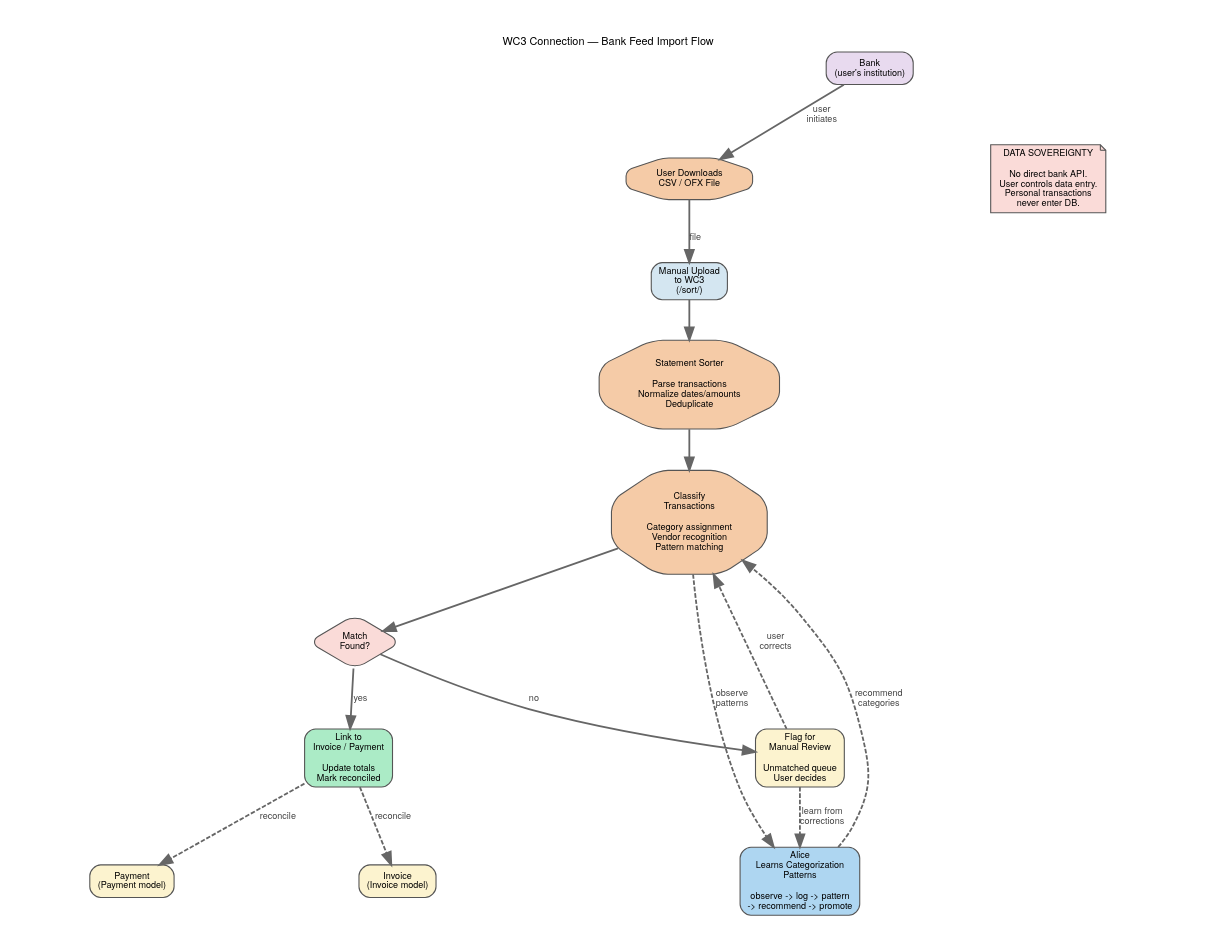
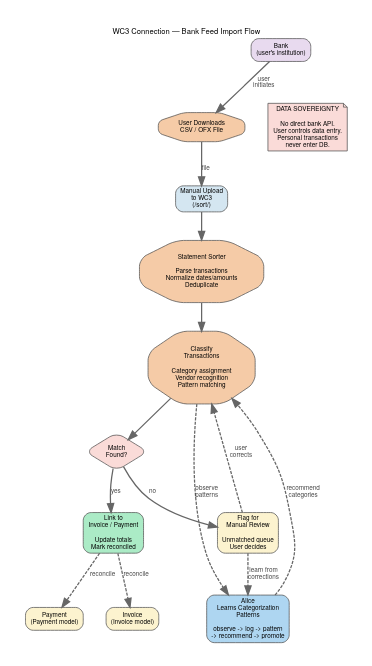
Before and after one commit to JPods/allie-core: the diagram in readmes/flowcharts/wc3-conn-banking.enriched.dot, drawn with Graphviz. The commit also changed 322 other files, not shown here.

```diff
--- a/readmes/flowcharts/wc3-conn-banking.enriched.dot
+++ b/readmes/flowcharts/wc3-conn-banking.enriched.dot
@@ -1,102 +1,105 @@
 // WC3 Connection: Bank Feed Import — statement sorting and transaction matching
 // Render: dot -Tpdf wc3-conn-banking.dot -o wc3-conn-banking.pdf
 
 // CodeMap revision: 1 — 2026-08-11
 
 digraph wc3_conn_banking {
+    size="7.5,10.0"
+    ratio="compress"
+
+
+
     // ── CodeMap Standard Style ──
     fontname="Helvetica Neue,Helvetica,Arial,sans-serif"
     fontsize=12
     bgcolor="white"
     pad=0.4
     nodesep=0.5
     ranksep=0.6
     splines=true
-    ratio=0.75
 
     node [
         fontname="Helvetica Neue,Helvetica,Arial,sans-serif"
         fontsize=10
         style="filled,rounded"
         shape=box
         penwidth=1.2
         color="#555555"
-        margin="0.12,0.06"
     ]
 
     edge [
         fontname="Helvetica Neue,Helvetica,Arial,sans-serif"
         fontsize=10
         penwidth=2.0
         arrowhead=normal
         arrowsize=1.4
         color="#666666"
         fontcolor="#444444"
     ]
 
     rankdir=TB
     label="WC3 Connection — Bank Feed Import Flow"
     labelloc=t
 
     // ── Bank ──
     bank [label="Bank\n(user's institution)" shape=box fillcolor="#E8DAEF"]
 
     // ── User download ──
     download [label="User Downloads\nCSV / OFX File" shape=octagon fillcolor="#F5CBA7"]
 
     // ── Upload ──
     upload [label="Manual Upload\nto WC3\n(/sort/)" shape=box fillcolor="#D4E6F1" URL="vscode://file/Users/williamjames/Documents/CommerceExpert/webClerk3/apps/docs/views_upload.py:1" target="_blank" tooltip="File upload pipeline — checksum, inline encode, EXIF extract, virus scan, create Document.\nService: apps/docs/views_upload.py\nFunctions:
   upload_view @ apps/docs/views_upload.py:46 (inline encoding: zlib+base64 for small files)
   checksum computation @ apps/docs/views_upload.py:73 (SHA256 dedup check)"]
 
     // ── Statement Sorter ──
     sorter [label="Statement Sorter\n\nParse transactions\nNormalize dates/amounts\nDeduplicate" shape=octagon fillcolor="#F5CBA7"]
 
     // ── Classify ──
     classify [label="Classify\nTransactions\n\nCategory assignment\nVendor recognition\nPattern matching" shape=octagon fillcolor="#F5CBA7"]
 
     // ── Decision: match? ──
     match [label="Match\nFound?" shape=diamond fillcolor="#FADBD8"]
 
     // ── Yes: link ──
     link [label="Link to\nInvoice / Payment\n\nUpdate totals\nMark reconciled" shape=box fillcolor="#ABEBC6"]
 
     // ── No: flag ──
     flag [label="Flag for\nManual Review\n\nUnmatched queue\nUser decides" shape=box fillcolor="#FCF3CF"]
 
     // ── Alice learning ──
     alice [label="Alice\nLearns Categorization\nPatterns\n\nobserve -> log -> pattern\n-> recommend -> promote" shape=box fillcolor="#AED6F1"]
 
     // ── Boundary note ──
     boundary [label="DATA SOVEREIGNTY\n\nNo direct bank API.\nUser controls data entry.\nPersonal transactions\nnever enter DB." shape=note fillcolor="#FADBD8"]
 
     // ── WC3 records ──
     invoice [label="Invoice\n(Invoice model)" shape=box fillcolor="#FCF3CF" URL="vscode://file/Users/williamjames/Documents/CommerceExpert/webClerk3/apps/transactions/models/invoice.py" target="_blank" tooltip="Invoice — shipment event. Financial event triggers GL and inventory movement.\nModel: apps/transactions/models/invoice.py\nFunctions:
   transfer_order_to_invoice @ apps/transactions/services/order_to_invoice.py:16 (creates invoice from order)
   Pending.objects.create @ apps/transactions/services/order_to_invoice.py:332 (-on_hand, -on_so, +on_in)\nPending deltas: on_hand: -qty, on_so: -qty, on_in: +qty\nGL: AR debit, Revenue credit, Tax credit, COGS debit, Inventory credit, Commission"]
     payment [label="Payment\n(Payment model)" shape=box fillcolor="#FCF3CF" URL="vscode://file/Users/williamjames/Documents/CommerceExpert/webClerk3/apps/transactions/models/payment.py" target="_blank" tooltip="Payment — handles AR (received) and AP (expense). Signed amounts. Category maps to GL. Statement Sorter feeds expense side.\nModel: apps/transactions/models/payment.py\nFunctions:
   Payment @ apps/transactions/models/payment.py:1 (AR+AP via type field; signed amounts)"]
 
     // ── Edges ──
     bank -> download [label="user\ninitiates"]
     download -> upload [label="file"]
     upload -> sorter
     sorter -> classify
     classify -> match
 
     match -> link [label="yes"]
     match -> flag [label="no"]
 
     link -> invoice [style=dashed label="reconcile"]
     link -> payment [style=dashed label="reconcile"]
 
     flag -> classify [style=dashed label="user\ncorrects"]
 
     // ── Alice edges ──
     classify -> alice [style=dashed label="observe\npatterns"]
     alice -> classify [style=dashed label="recommend\ncategories"]
     flag -> alice [style=dashed label="learn from\ncorrections"]
 
     // ── Boundary placement ──
     bank -> boundary [style=invis]
 }
```
